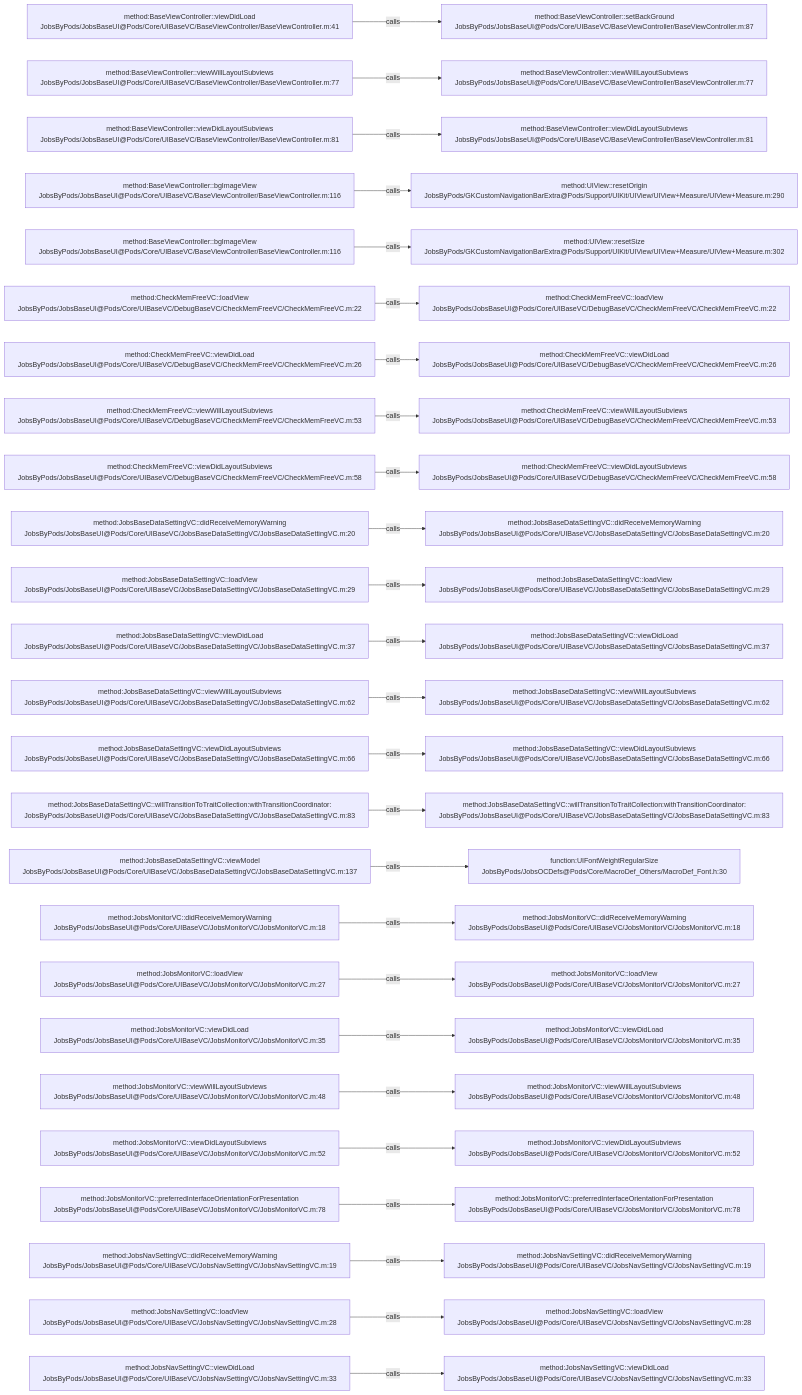
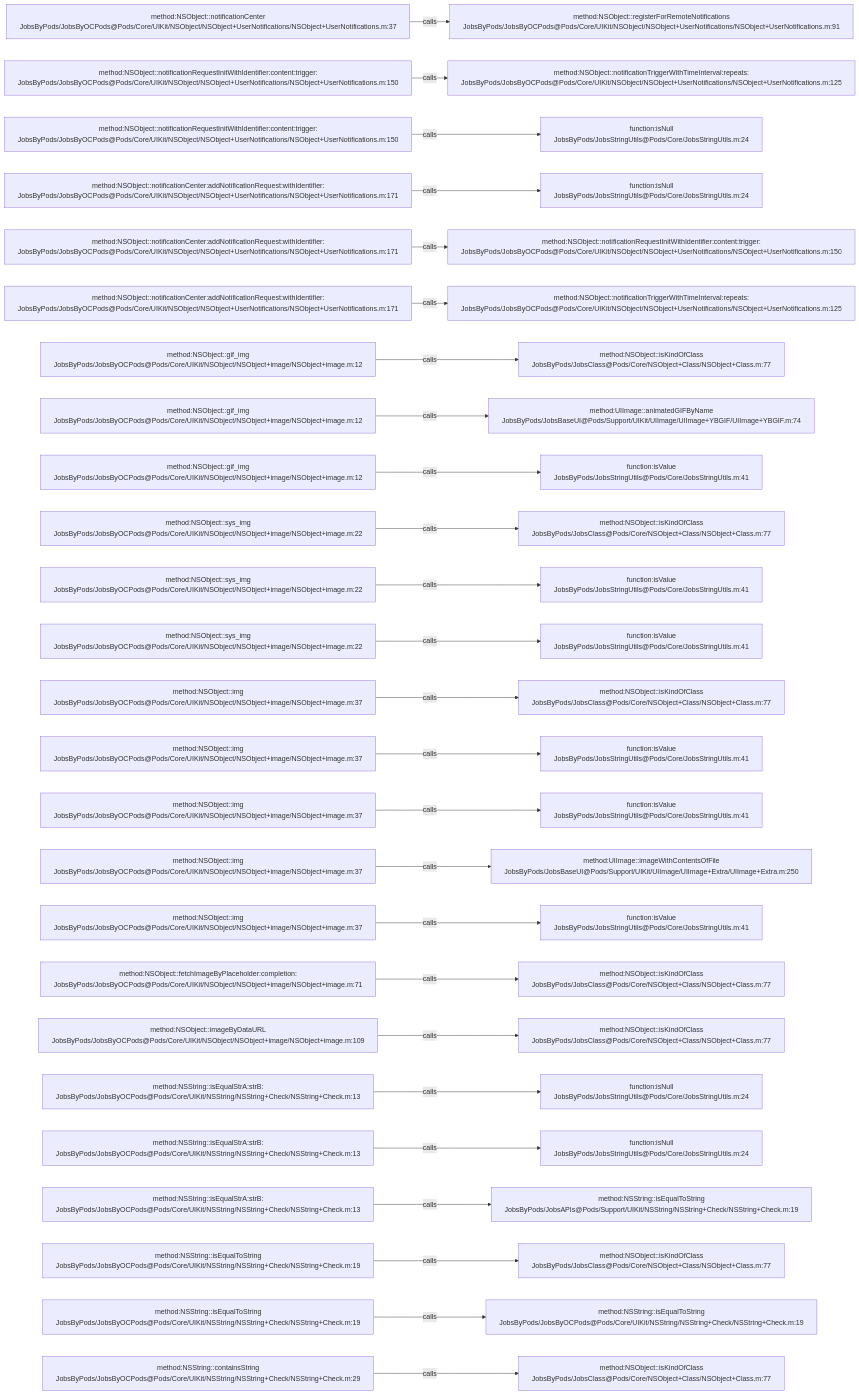
One commit to JobsKits/JobsOCBaseConfigDemo changed the diagram in .codegraph/codegraph.md/graphs/calls-032.md. Above: the diagram before and after it, drawn with Mermaid. The commit also changed 573 other files, not shown here.

````diff
--- a/.codegraph/codegraph.md/graphs/calls-032.md
+++ b/.codegraph/codegraph.md/graphs/calls-032.md
@@ -13,78 +13,78 @@
 ```mermaid
 flowchart LR
-  S1["method:BaseViewController::viewDidLoad<br/>JobsByPods/JobsBaseUI@Pods/Core/UIBaseVC/BaseViewController/BaseViewController.m:41"]
-  T1["method:BaseViewController::setBackGround<br/>JobsByPods/JobsBaseUI@Pods/Core/UIBaseVC/BaseViewController/BaseViewController.m:87"]
+  S1["method:NSObject::notificationCenter<br/>JobsByPods/JobsByOCPods@Pods/Core/UIKit/NSObject/NSObject+UserNotifications/NSObject+UserNotifications.m:37"]
+  T1["method:NSObject::registerForRemoteNotifications<br/>JobsByPods/JobsByOCPods@Pods/Core/UIKit/NSObject/NSObject+UserNotifications/NSObject+UserNotifications.m:91"]
   S1 -->|calls| T1
-  S2["method:BaseViewController::viewWillLayoutSubviews<br/>JobsByPods/JobsBaseUI@Pods/Core/UIBaseVC/BaseViewController/BaseViewController.m:77"]
-  T2["method:BaseViewController::viewWillLayoutSubviews<br/>JobsByPods/JobsBaseUI@Pods/Core/UIBaseVC/BaseViewController/BaseViewController.m:77"]
+  S2["method:NSObject::notificationRequestInitWithIdentifier:content:trigger:<br/>JobsByPods/JobsByOCPods@Pods/Core/UIKit/NSObject/NSObject+UserNotifications/NSObject+UserNotifications.m:150"]
+  T2["method:NSObject::notificationTriggerWithTimeInterval:repeats:<br/>JobsByPods/JobsByOCPods@Pods/Core/UIKit/NSObject/NSObject+UserNotifications/NSObject+UserNotifications.m:125"]
   S2 -->|calls| T2
-  S3["method:BaseViewController::viewDidLayoutSubviews<br/>JobsByPods/JobsBaseUI@Pods/Core/UIBaseVC/BaseViewController/BaseViewController.m:81"]
-  T3["method:BaseViewController::viewDidLayoutSubviews<br/>JobsByPods/JobsBaseUI@Pods/Core/UIBaseVC/BaseViewController/BaseViewController.m:81"]
+  S3["method:NSObject::notificationRequestInitWithIdentifier:content:trigger:<br/>JobsByPods/JobsByOCPods@Pods/Core/UIKit/NSObject/NSObject+UserNotifications/NSObject+UserNotifications.m:150"]
+  T3["function:isNull<br/>JobsByPods/JobsStringUtils@Pods/Core/JobsStringUtils.m:24"]
   S3 -->|calls| T3
-  S4["method:BaseViewController::bgImageView<br/>JobsByPods/JobsBaseUI@Pods/Core/UIBaseVC/BaseViewController/BaseViewController.m:116"]
-  T4["method:UIView::resetOrigin<br/>JobsByPods/GKCustomNavigationBarExtra@Pods/Support/UIKit/UIView/UIView+Measure/UIView+Measure.m:290"]
+  S4["method:NSObject::notificationCenter:addNotificationRequest:withIdentifier:<br/>JobsByPods/JobsByOCPods@Pods/Core/UIKit/NSObject/NSObject+UserNotifications/NSObject+UserNotifications.m:171"]
+  T4["function:isNull<br/>JobsByPods/JobsStringUtils@Pods/Core/JobsStringUtils.m:24"]
   S4 -->|calls| T4
-  S5["method:BaseViewController::bgImageView<br/>JobsByPods/JobsBaseUI@Pods/Core/UIBaseVC/BaseViewController/BaseViewController.m:116"]
-  T5["method:UIView::resetSize<br/>JobsByPods/GKCustomNavigationBarExtra@Pods/Support/UIKit/UIView/UIView+Measure/UIView+Measure.m:302"]
+  S5["method:NSObject::notificationCenter:addNotificationRequest:withIdentifier:<br/>JobsByPods/JobsByOCPods@Pods/Core/UIKit/NSObject/NSObject+UserNotifications/NSObject+UserNotifications.m:171"]
+  T5["method:NSObject::notificationRequestInitWithIdentifier:content:trigger:<br/>JobsByPods/JobsByOCPods@Pods/Core/UIKit/NSObject/NSObject+UserNotifications/NSObject+UserNotifications.m:150"]
   S5 -->|calls| T5
-  S6["method:CheckMemFreeVC::loadView<br/>JobsByPods/JobsBaseUI@Pods/Core/UIBaseVC/DebugBaseVC/CheckMemFreeVC/CheckMemFreeVC.m:22"]
-  T6["method:CheckMemFreeVC::loadView<br/>JobsByPods/JobsBaseUI@Pods/Core/UIBaseVC/DebugBaseVC/CheckMemFreeVC/CheckMemFreeVC.m:22"]
+  S6["method:NSObject::notificationCenter:addNotificationRequest:withIdentifier:<br/>JobsByPods/JobsByOCPods@Pods/Core/UIKit/NSObject/NSObject+UserNotifications/NSObject+UserNotifications.m:171"]
+  T6["method:NSObject::notificationTriggerWithTimeInterval:repeats:<br/>JobsByPods/JobsByOCPods@Pods/Core/UIKit/NSObject/NSObject+UserNotifications/NSObject+UserNotifications.m:125"]
   S6 -->|calls| T6
-  S7["method:CheckMemFreeVC::viewDidLoad<br/>JobsByPods/JobsBaseUI@Pods/Core/UIBaseVC/DebugBaseVC/CheckMemFreeVC/CheckMemFreeVC.m:26"]
-  T7["method:CheckMemFreeVC::viewDidLoad<br/>JobsByPods/JobsBaseUI@Pods/Core/UIBaseVC/DebugBaseVC/CheckMemFreeVC/CheckMemFreeVC.m:26"]
+  S7["method:NSObject::gif_img<br/>JobsByPods/JobsByOCPods@Pods/Core/UIKit/NSObject/NSObject+image/NSObject+image.m:12"]
+  T7["method:NSObject::isKindOfClass<br/>JobsByPods/JobsClass@Pods/Core/NSObject+Class/NSObject+Class.m:77"]
   S7 -->|calls| T7
-  S8["method:CheckMemFreeVC::viewWillLayoutSubviews<br/>JobsByPods/JobsBaseUI@Pods/Core/UIBaseVC/DebugBaseVC/CheckMemFreeVC/CheckMemFreeVC.m:53"]
-  T8["method:CheckMemFreeVC::viewWillLayoutSubviews<br/>JobsByPods/JobsBaseUI@Pods/Core/UIBaseVC/DebugBaseVC/CheckMemFreeVC/CheckMemFreeVC.m:53"]
+  S8["method:NSObject::gif_img<br/>JobsByPods/JobsByOCPods@Pods/Core/UIKit/NSObject/NSObject+image/NSObject+image.m:12"]
+  T8["method:UIImage::animatedGIFByName<br/>JobsByPods/JobsBaseUI@Pods/Support/UIKit/UIImage/UIImage+YBGIF/UIImage+YBGIF.m:74"]
   S8 -->|calls| T8
-  S9["method:CheckMemFreeVC::viewDidLayoutSubviews<br/>JobsByPods/JobsBaseUI@Pods/Core/UIBaseVC/DebugBaseVC/CheckMemFreeVC/CheckMemFreeVC.m:58"]
-  T9["method:CheckMemFreeVC::viewDidLayoutSubviews<br/>JobsByPods/JobsBaseUI@Pods/Core/UIBaseVC/DebugBaseVC/CheckMemFreeVC/CheckMemFreeVC.m:58"]
+  S9["method:NSObject::gif_img<br/>JobsByPods/JobsByOCPods@Pods/Core/UIKit/NSObject/NSObject+image/NSObject+image.m:12"]
+  T9["function:isValue<br/>JobsByPods/JobsStringUtils@Pods/Core/JobsStringUtils.m:41"]
   S9 -->|calls| T9
-  S10["method:JobsBaseDataSettingVC::didReceiveMemoryWarning<br/>JobsByPods/JobsBaseUI@Pods/Core/UIBaseVC/JobsBaseDataSettingVC/JobsBaseDataSettingVC.m:20"]
-  T10["method:JobsBaseDataSettingVC::didReceiveMemoryWarning<br/>JobsByPods/JobsBaseUI@Pods/Core/UIBaseVC/JobsBaseDataSettingVC/JobsBaseDataSettingVC.m:20"]
+  S10["method:NSObject::sys_img<br/>JobsByPods/JobsByOCPods@Pods/Core/UIKit/NSObject/NSObject+image/NSObject+image.m:22"]
+  T10["method:NSObject::isKindOfClass<br/>JobsByPods/JobsClass@Pods/Core/NSObject+Class/NSObject+Class.m:77"]
   S10 -->|calls| T10
-  S11["method:JobsBaseDataSettingVC::loadView<br/>JobsByPods/JobsBaseUI@Pods/Core/UIBaseVC/JobsBaseDataSettingVC/JobsBaseDataSettingVC.m:29"]
-  T11["method:JobsBaseDataSettingVC::loadView<br/>JobsByPods/JobsBaseUI@Pods/Core/UIBaseVC/JobsBaseDataSettingVC/JobsBaseDataSettingVC.m:29"]
+  S11["method:NSObject::sys_img<br/>JobsByPods/JobsByOCPods@Pods/Core/UIKit/NSObject/NSObject+image/NSObject+image.m:22"]
+  T11["function:isValue<br/>JobsByPods/JobsStringUtils@Pods/Core/JobsStringUtils.m:41"]
   S11 -->|calls| T11
-  S12["method:JobsBaseDataSettingVC::viewDidLoad<br/>JobsByPods/JobsBaseUI@Pods/Core/UIBaseVC/JobsBaseDataSettingVC/JobsBaseDataSettingVC.m:37"]
-  T12["method:JobsBaseDataSettingVC::viewDidLoad<br/>JobsByPods/JobsBaseUI@Pods/Core/UIBaseVC/JobsBaseDataSettingVC/JobsBaseDataSettingVC.m:37"]
+  S12["method:NSObject::sys_img<br/>JobsByPods/JobsByOCPods@Pods/Core/UIKit/NSObject/NSObject+image/NSObject+image.m:22"]
+  T12["function:isValue<br/>JobsByPods/JobsStringUtils@Pods/Core/JobsStringUtils.m:41"]
   S12 -->|calls| T12
-  S13["method:JobsBaseDataSettingVC::viewWillLayoutSubviews<br/>JobsByPods/JobsBaseUI@Pods/Core/UIBaseVC/JobsBaseDataSettingVC/JobsBaseDataSettingVC.m:62"]
-  T13["method:JobsBaseDataSettingVC::viewWillLayoutSubviews<br/>JobsByPods/JobsBaseUI@Pods/Core/UIBaseVC/JobsBaseDataSettingVC/JobsBaseDataSettingVC.m:62"]
+  S13["method:NSObject::img<br/>JobsByPods/JobsByOCPods@Pods/Core/UIKit/NSObject/NSObject+image/NSObject+image.m:37"]
+  T13["method:NSObject::isKindOfClass<br/>JobsByPods/JobsClass@Pods/Core/NSObject+Class/NSObject+Class.m:77"]
   S13 -->|calls| T13
-  S14["method:JobsBaseDataSettingVC::viewDidLayoutSubviews<br/>JobsByPods/JobsBaseUI@Pods/Core/UIBaseVC/JobsBaseDataSettingVC/JobsBaseDataSettingVC.m:66"]
-  T14["method:JobsBaseDataSettingVC::viewDidLayoutSubviews<br/>JobsByPods/JobsBaseUI@Pods/Core/UIBaseVC/JobsBaseDataSettingVC/JobsBaseDataSettingVC.m:66"]
+  S14["method:NSObject::img<br/>JobsByPods/JobsByOCPods@Pods/Core/UIKit/NSObject/NSObject+image/NSObject+image.m:37"]
+  T14["function:isValue<br/>JobsByPods/JobsStringUtils@Pods/Core/JobsStringUtils.m:41"]
   S14 -->|calls| T14
-  S15["method:JobsBaseDataSettingVC::willTransitionToTraitCollection:withTransitionCoordinator:<br/>JobsByPods/JobsBaseUI@Pods/Core/UIBaseVC/JobsBaseDataSettingVC/JobsBaseDataSettingVC.m:83"]
-  T15["method:JobsBaseDataSettingVC::willTransitionToTraitCollection:withTransitionCoordinator:<br/>JobsByPods/JobsBaseUI@Pods/Core/UIBaseVC/JobsBaseDataSettingVC/JobsBaseDataSettingVC.m:83"]
+  S15["method:NSObject::img<br/>JobsByPods/JobsByOCPods@Pods/Core/UIKit/NSObject/NSObject+image/NSObject+image.m:37"]
+  T15["function:isValue<br/>JobsByPods/JobsStringUtils@Pods/Core/JobsStringUtils.m:41"]
   S15 -->|calls| T15
-  S16["method:JobsBaseDataSettingVC::viewModel<br/>JobsByPods/JobsBaseUI@Pods/Core/UIBaseVC/JobsBaseDataSettingVC/JobsBaseDataSettingVC.m:137"]
-  T16["function:UIFontWeightRegularSize<br/>JobsByPods/JobsOCDefs@Pods/Core/MacroDef_Others/MacroDef_Font.h:30"]
+  S16["method:NSObject::img<br/>JobsByPods/JobsByOCPods@Pods/Core/UIKit/NSObject/NSObject+image/NSObject+image.m:37"]
+  T16["method:UIImage::imageWithContentsOfFile<br/>JobsByPods/JobsBaseUI@Pods/Support/UIKit/UIImage/UIImage+Extra/UIImage+Extra.m:250"]
   S16 -->|calls| T16
-  S17["method:JobsMonitorVC::didReceiveMemoryWarning<br/>JobsByPods/JobsBaseUI@Pods/Core/UIBaseVC/JobsMonitorVC/JobsMonitorVC.m:18"]
-  T17["method:JobsMonitorVC::didReceiveMemoryWarning<br/>JobsByPods/JobsBaseUI@Pods/Core/UIBaseVC/JobsMonitorVC/JobsMonitorVC.m:18"]
+  S17["method:NSObject::img<br/>JobsByPods/JobsByOCPods@Pods/Core/UIKit/NSObject/NSObject+image/NSObject+image.m:37"]
+  T17["function:isValue<br/>JobsByPods/JobsStringUtils@Pods/Core/JobsStringUtils.m:41"]
   S17 -->|calls| T17
-  S18["method:JobsMonitorVC::loadView<br/>JobsByPods/JobsBaseUI@Pods/Core/UIBaseVC/JobsMonitorVC/JobsMonitorVC.m:27"]
-  T18["method:JobsMonitorVC::loadView<br/>JobsByPods/JobsBaseUI@Pods/Core/UIBaseVC/JobsMonitorVC/JobsMonitorVC.m:27"]
+  S18["method:NSObject::fetchImageByPlaceholder:completion:<br/>JobsByPods/JobsByOCPods@Pods/Core/UIKit/NSObject/NSObject+image/NSObject+image.m:71"]
+  T18["method:NSObject::isKindOfClass<br/>JobsByPods/JobsClass@Pods/Core/NSObject+Class/NSObject+Class.m:77"]
   S18 -->|calls| T18
-  S19["method:JobsMonitorVC::viewDidLoad<br/>JobsByPods/JobsBaseUI@Pods/Core/UIBaseVC/JobsMonitorVC/JobsMonitorVC.m:35"]
-  T19["method:JobsMonitorVC::viewDidLoad<br/>JobsByPods/JobsBaseUI@Pods/Core/UIBaseVC/JobsMonitorVC/JobsMonitorVC.m:35"]
+  S19["method:NSObject::imageByDataURL<br/>JobsByPods/JobsByOCPods@Pods/Core/UIKit/NSObject/NSObject+image/NSObject+image.m:109"]
+  T19["method:NSObject::isKindOfClass<br/>JobsByPods/JobsClass@Pods/Core/NSObject+Class/NSObject+Class.m:77"]
   S19 -->|calls| T19
-  S20["method:JobsMonitorVC::viewWillLayoutSubviews<br/>JobsByPods/JobsBaseUI@Pods/Core/UIBaseVC/JobsMonitorVC/JobsMonitorVC.m:48"]
-  T20["method:JobsMonitorVC::viewWillLayoutSubviews<br/>JobsByPods/JobsBaseUI@Pods/Core/UIBaseVC/JobsMonitorVC/JobsMonitorVC.m:48"]
+  S20["method:NSString::isEqualStrA:strB:<br/>JobsByPods/JobsByOCPods@Pods/Core/UIKit/NSString/NSString+Check/NSString+Check.m:13"]
+  T20["function:isNull<br/>JobsByPods/JobsStringUtils@Pods/Core/JobsStringUtils.m:24"]
   S20 -->|calls| T20
-  S21["method:JobsMonitorVC::viewDidLayoutSubviews<br/>JobsByPods/JobsBaseUI@Pods/Core/UIBaseVC/JobsMonitorVC/JobsMonitorVC.m:52"]
-  T21["method:JobsMonitorVC::viewDidLayoutSubviews<br/>JobsByPods/JobsBaseUI@Pods/Core/UIBaseVC/JobsMonitorVC/JobsMonitorVC.m:52"]
+  S21["method:NSString::isEqualStrA:strB:<br/>JobsByPods/JobsByOCPods@Pods/Core/UIKit/NSString/NSString+Check/NSString+Check.m:13"]
+  T21["function:isNull<br/>JobsByPods/JobsStringUtils@Pods/Core/JobsStringUtils.m:24"]
   S21 -->|calls| T21
-  S22["method:JobsMonitorVC::preferredInterfaceOrientationForPresentation<br/>JobsByPods/JobsBaseUI@Pods/Core/UIBaseVC/JobsMonitorVC/JobsMonitorVC.m:78"]
-  T22["method:JobsMonitorVC::preferredInterfaceOrientationForPresentation<br/>JobsByPods/JobsBaseUI@Pods/Core/UIBaseVC/JobsMonitorVC/JobsMonitorVC.m:78"]
+  S22["method:NSString::isEqualStrA:strB:<br/>JobsByPods/JobsByOCPods@Pods/Core/UIKit/NSString/NSString+Check/NSString+Check.m:13"]
+  T22["method:NSString::isEqualToString<br/>JobsByPods/JobsAPIs@Pods/Support/UIKit/NSString/NSString+Check/NSString+Check.m:19"]
   S22 -->|calls| T22
-  S23["method:JobsNavSettingVC::didReceiveMemoryWarning<br/>JobsByPods/JobsBaseUI@Pods/Core/UIBaseVC/JobsNavSettingVC/JobsNavSettingVC.m:19"]
-  T23["method:JobsNavSettingVC::didReceiveMemoryWarning<br/>JobsByPods/JobsBaseUI@Pods/Core/UIBaseVC/JobsNavSettingVC/JobsNavSettingVC.m:19"]
+  S23["method:NSString::isEqualToString<br/>JobsByPods/JobsByOCPods@Pods/Core/UIKit/NSString/NSString+Check/NSString+Check.m:19"]
+  T23["method:NSObject::isKindOfClass<br/>JobsByPods/JobsClass@Pods/Core/NSObject+Class/NSObject+Class.m:77"]
   S23 -->|calls| T23
-  S24["method:JobsNavSettingVC::loadView<br/>JobsByPods/JobsBaseUI@Pods/Core/UIBaseVC/JobsNavSettingVC/JobsNavSettingVC.m:28"]
-  T24["method:JobsNavSettingVC::loadView<br/>JobsByPods/JobsBaseUI@Pods/Core/UIBaseVC/JobsNavSettingVC/JobsNavSettingVC.m:28"]
+  S24["method:NSString::isEqualToString<br/>JobsByPods/JobsByOCPods@Pods/Core/UIKit/NSString/NSString+Check/NSString+Check.m:19"]
+  T24["method:NSString::isEqualToString<br/>JobsByPods/JobsByOCPods@Pods/Core/UIKit/NSString/NSString+Check/NSString+Check.m:19"]
   S24 -->|calls| T24
-  S25["method:JobsNavSettingVC::viewDidLoad<br/>JobsByPods/JobsBaseUI@Pods/Core/UIBaseVC/JobsNavSettingVC/JobsNavSettingVC.m:33"]
-  T25["method:JobsNavSettingVC::viewDidLoad<br/>JobsByPods/JobsBaseUI@Pods/Core/UIBaseVC/JobsNavSettingVC/JobsNavSettingVC.m:33"]
+  S25["method:NSString::containsString<br/>JobsByPods/JobsByOCPods@Pods/Core/UIKit/NSString/NSString+Check/NSString+Check.m:29"]
+  T25["method:NSObject::isKindOfClass<br/>JobsByPods/JobsClass@Pods/Core/NSObject+Class/NSObject+Class.m:77"]
   S25 -->|calls| T25
 ```
````
